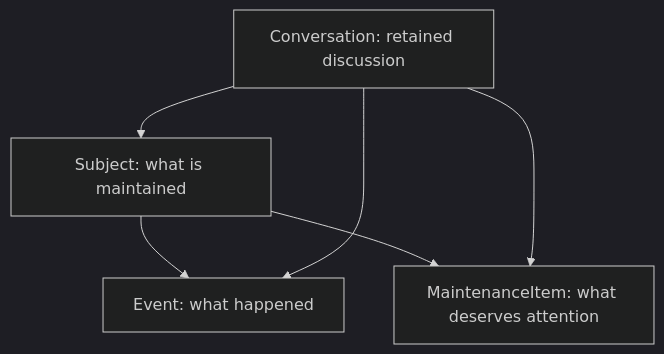
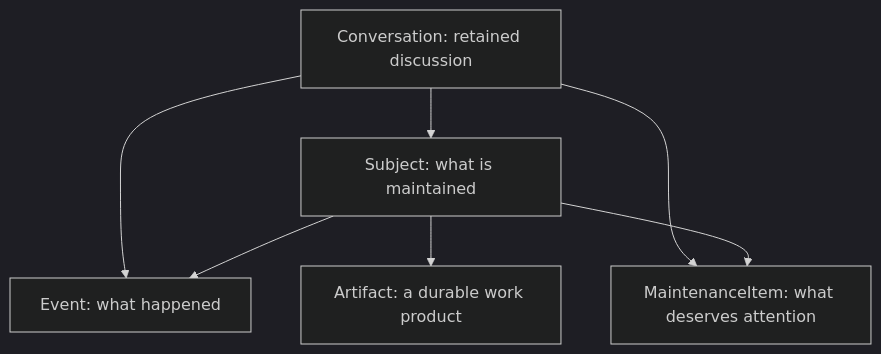
The seventh of 9 diagrams in vision.md (deodad/moe), drawn with Mermaid (dark theme) before and after one commit. The commit also changed other lines of this file and 10 other files, not shown here.

````diff
--- a/vision.md
+++ b/vision.md
@@ -159,12 +159,14 @@
 ```mermaid
 flowchart TD
     T[Subject: what is maintained]
     E[Event: what happened]
     M[MaintenanceItem: what deserves attention]
+    A[Artifact: a durable work product]
     C[Conversation: retained discussion]
     T --> E
     T --> M
+    T --> A
     C --> T
     C --> E
     C --> M
 ```
````
